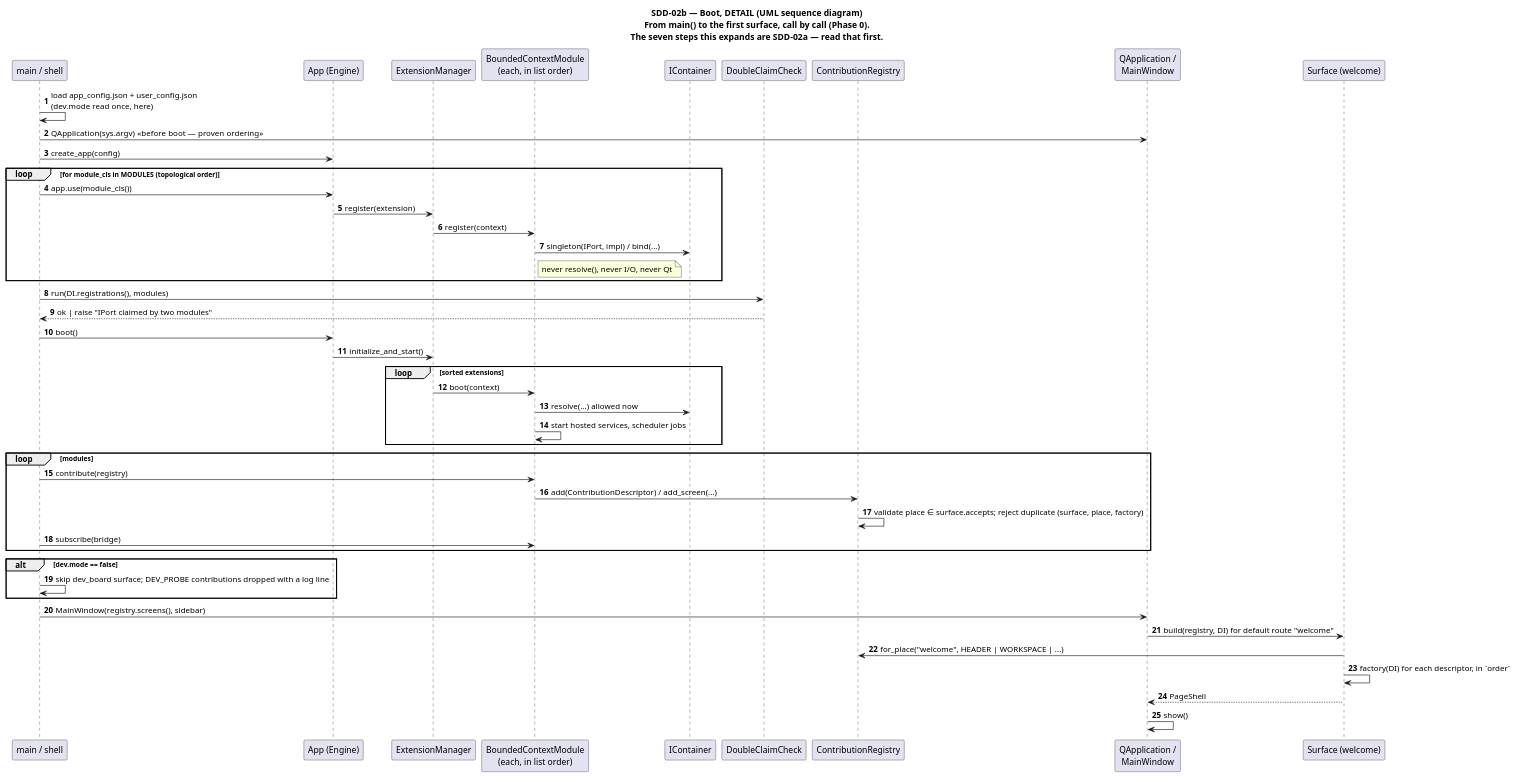
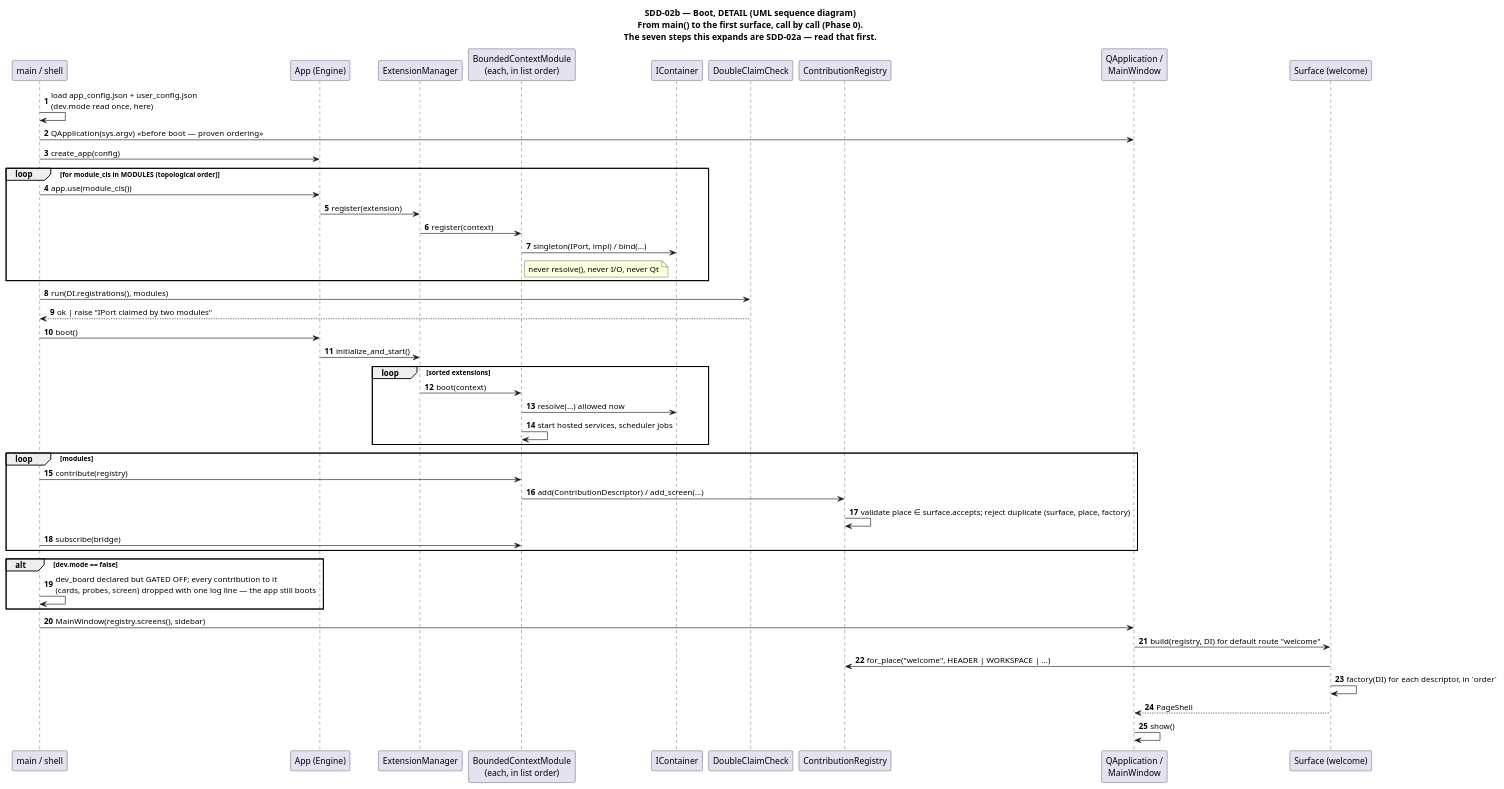
One commit to anhembedded/Sagittarius_Elite_Warrior changed the diagram in Docs/SDD/diagrams/sdd-02b_boot_sequence.puml. Above: the diagram before and after it, drawn with PlantUML. The commit also changed 19 other files, not shown here.

```diff
--- a/Docs/SDD/diagrams/sdd-02b_boot_sequence.puml
+++ b/Docs/SDD/diagrams/sdd-02b_boot_sequence.puml
@@ -1,48 +1,48 @@
 @startuml sdd-02b_boot_sequence
 title SDD-02b — Boot, DETAIL (UML **sequence diagram**)\nFrom main() to the first surface, call by call (Phase 0).\nThe seven steps this expands are SDD-02a — read that first.
 autonumber
 participant "main / shell" as Main
 participant "App (Engine)" as App
 participant "ExtensionManager" as EM
 participant "BoundedContextModule\n(each, in list order)" as Mod
 participant "IContainer" as DI
 participant "DoubleClaimCheck" as DC
 participant "ContributionRegistry" as Reg
 participant "QApplication /\nMainWindow" as Qt
 participant "Surface (welcome)" as Surf
 
 Main -> Main : load app_config.json + user_config.json\n(dev.mode read once, here)
 Main -> Qt : QApplication(sys.argv)  <<before boot — proven ordering>>
 Main -> App : create_app(config)
 loop for module_cls in MODULES (topological order)
   Main -> App : app.use(module_cls())
   App -> EM : register(extension)
   EM -> Mod : register(context)
   Mod -> DI : singleton(IPort, impl) / bind(...)
   note right of Mod : never resolve(), never I/O, never Qt
 end
 Main -> DC : run(DI.registrations(), modules)
 DC --> Main : ok | raise "IPort claimed by two modules"
 Main -> App : boot()
 App -> EM : initialize_and_start()
 loop sorted extensions
   EM -> Mod : boot(context)
   Mod -> DI : resolve(...) allowed now
   Mod -> Mod : start hosted services, scheduler jobs
 end
 loop modules
   Main -> Mod : contribute(registry)
   Mod -> Reg : add(ContributionDescriptor) / add_screen(...)
   Reg -> Reg : validate place ∈ surface.accepts; reject duplicate (surface, place, factory)
   Main -> Mod : subscribe(bridge)
 end
 alt dev.mode == false
-  Main -> Main : skip dev_board surface; DEV_PROBE contributions dropped with a log line
+  Main -> Main : dev_board declared but GATED OFF; every contribution to it\n(cards, probes, screen) dropped with one log line — the app still boots
 end
 Main -> Qt : MainWindow(registry.screens(), sidebar)
 Qt -> Surf : build(registry, DI) for default route "welcome"
 Surf -> Reg : for_place("welcome", HEADER | WORKSPACE | ...)
 Surf -> Surf : factory(DI) for each descriptor, in `order`
 Surf --> Qt : PageShell
 Qt -> Qt : show()
 @enduml
```
